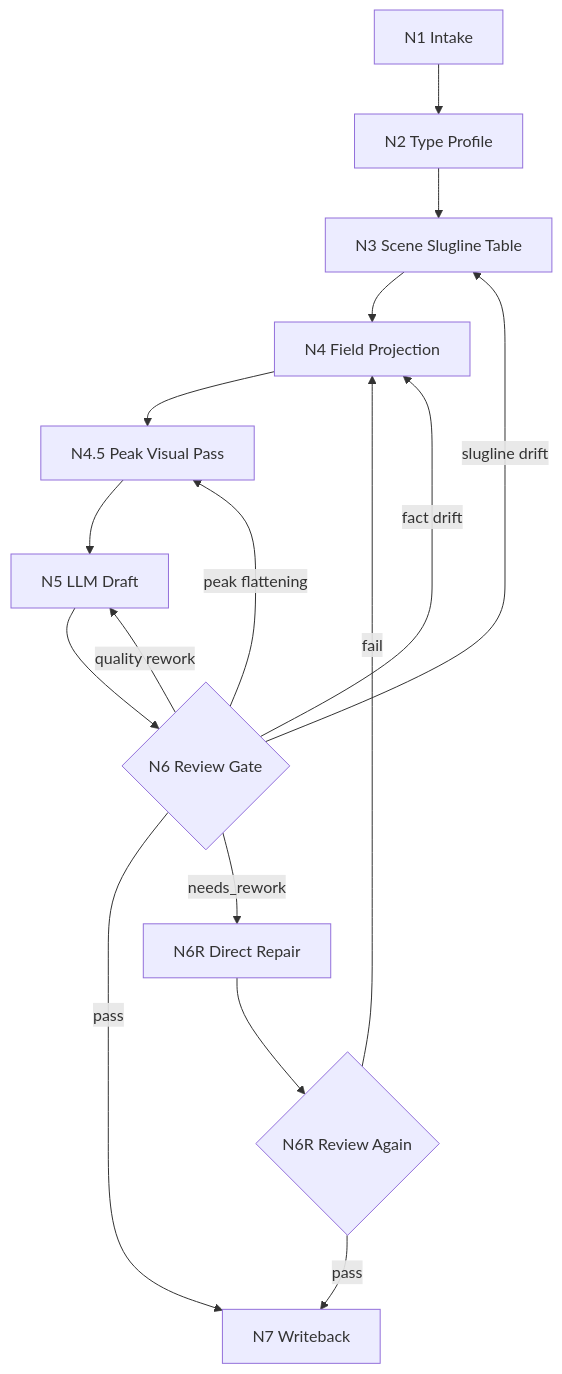
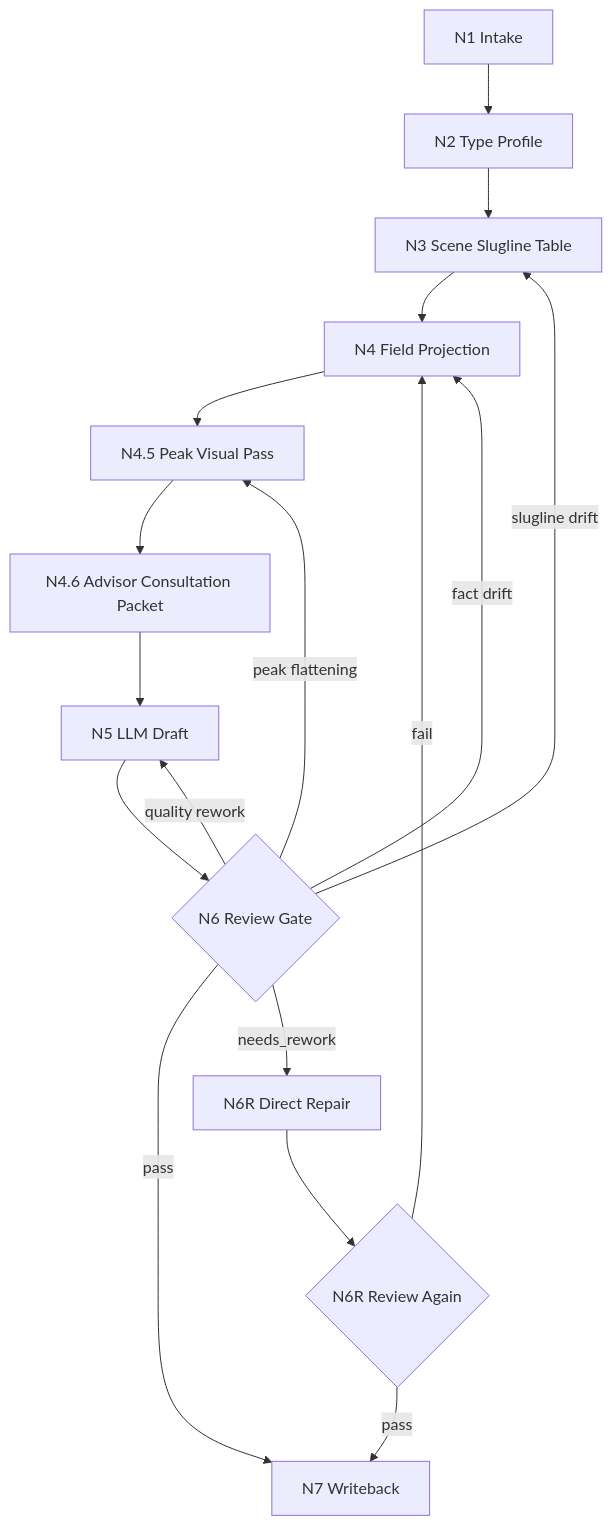
The diagram in .agents/skills/aigc/2-编导/steps/directing-workflow.md (ZEN-VOID/AI-CUT), drawn with Mermaid before and after one commit. The commit also changed other lines of this file and 106 other files, not shown here.

````diff
--- a/.agents/skills/aigc/2-编导/steps/directing-workflow.md
+++ b/.agents/skills/aigc/2-编导/steps/directing-workflow.md
@@ -53,18 +56,19 @@
 ```mermaid
 flowchart TD
     A["N1 Intake"] --> B["N2 Type Profile"]
     B --> C["N3 Scene Slugline Table"]
     C --> D["N4 Field Projection"]
     D --> H["N4.5 Peak Visual Pass"]
-    H --> E["N5 LLM Draft"]
+    H --> I["N4.6 Advisor Consultation Packet"]
+    I --> E["N5 LLM Draft"]
     E --> F{"N6 Review Gate"}
     F -->|"pass"| G["N7 Writeback"]
     F -->|"needs_rework"| R["N6R Direct Repair"]
     R --> RR{"N6R Review Again"}
     RR -->|"pass"| G
     RR -->|"fail"| D
     F -->|"fact drift"| D
     F -->|"peak flattening"| H
     F -->|"slugline drift"| C
     F -->|"quality rework"| E
 ```
````
